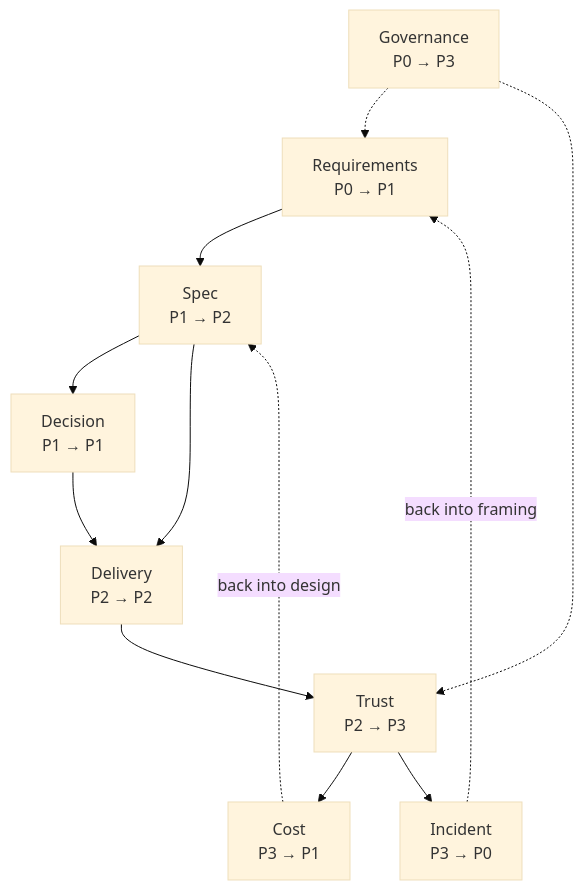
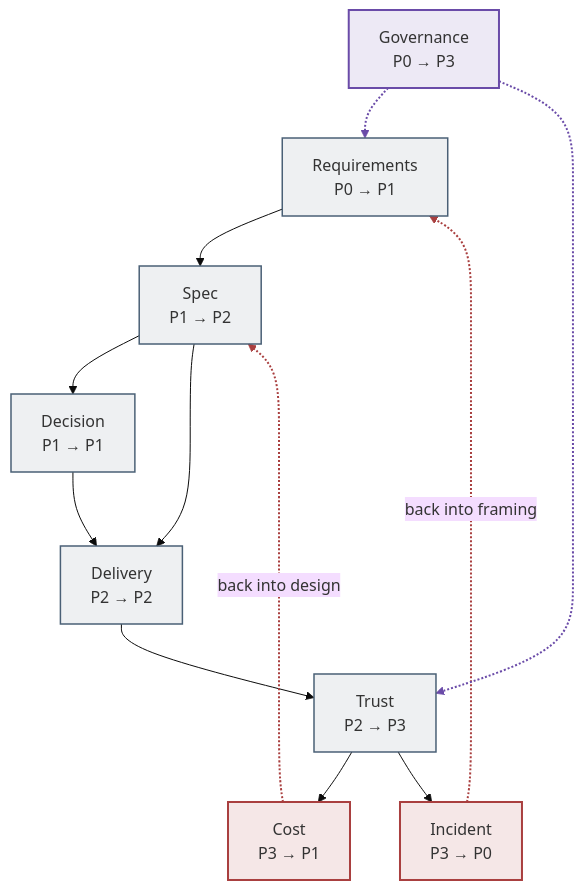
The second of 3 diagrams in wiki/The-Agentic-PDLC.md (akash-coded/aws-bedrock-agentcore-strands), drawn with Mermaid (base theme) before and after one commit. The commit also changed other lines of this file and 1 other file, not shown here.

````diff
--- a/wiki/The-Agentic-PDLC.md
+++ b/wiki/The-Agentic-PDLC.md
@@ -338,14 +351,22 @@
 ```mermaid
 flowchart TD
   R["Requirements<br/>P0 → P1"] --> S["Spec<br/>P1 → P2"]
   S --> D["Decision<br/>P1 → P1"]
   D --> DE["Delivery<br/>P2 → P2"]
   S --> DE
   DE --> T["Trust<br/>P2 → P3"]
   T --> C["Cost<br/>P3 → P1"]
   T --> I["Incident<br/>P3 → P0"]
   C -.->|"back into design"| S
   I -.->|"back into framing"| R
   G["Governance<br/>P0 → P3"] -.-> R
   G -.-> T
+  classDef fwd fill:#4A607618,stroke:#4A6076,stroke-width:1.5px
+  classDef back fill:#A93F3F1F,stroke:#A93F3F,stroke-width:2px
+  classDef gov fill:#6A4BA81F,stroke:#6A4BA8,stroke-width:2px
+  class R,S,D,DE,T fwd
+  class C,I back
+  class G gov
+  linkStyle 7,8 stroke:#A93F3F,stroke-width:2px
+  linkStyle 9,10 stroke:#6A4BA8,stroke-width:2px
 ```
````
